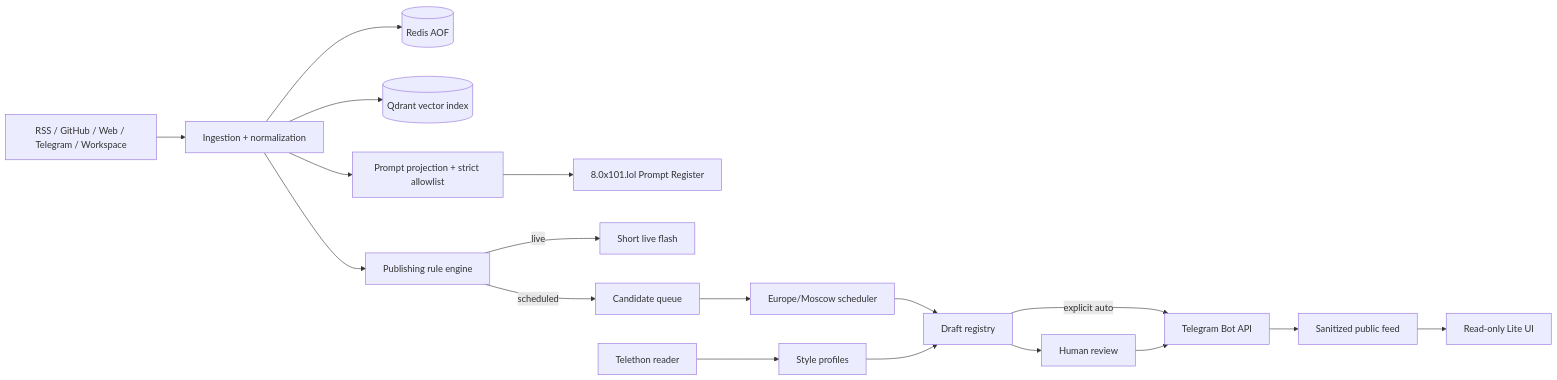
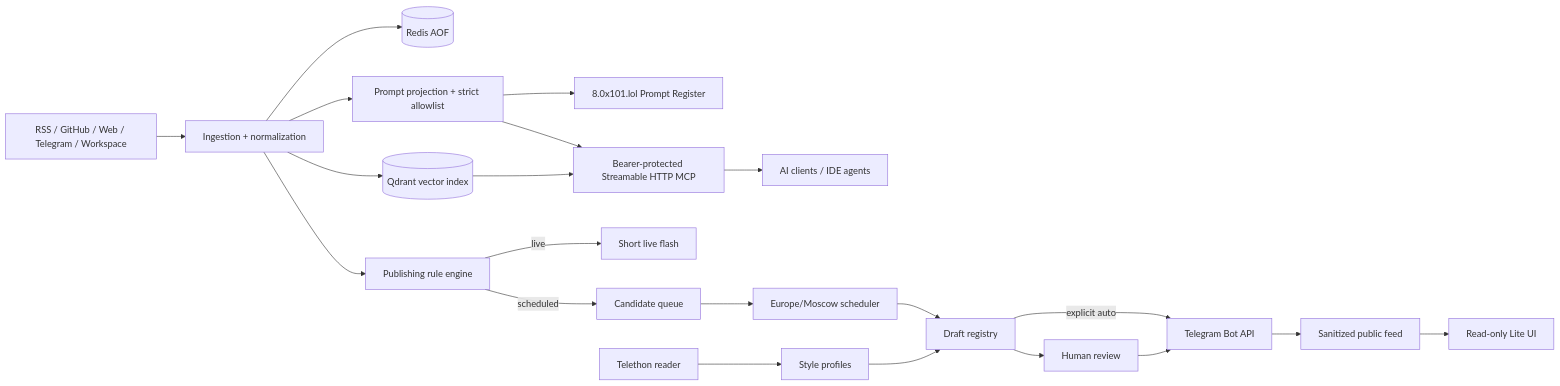
One commit to 3030202/prompt-ops-control-tower changed the diagram in docs/ARCHITECTURE.md. Above: the diagram before and after it, drawn with Mermaid. The commit also changed other lines of this file and 10 other files, not shown here.

````diff
--- a/docs/ARCHITECTURE.md
+++ b/docs/ARCHITECTURE.md
@@ -3,20 +3,23 @@
 ```mermaid
 flowchart LR
   Sources[RSS / GitHub / Web / Telegram / Workspace] --> Ingest[Ingestion + normalization]
   Ingest --> Redis[(Redis AOF)]
   Ingest --> Qdrant[(Qdrant vector index)]
   Ingest --> Prompts[Prompt projection + strict allowlist]
   Prompts --> Register[8.0x101.lol Prompt Register]
+  Prompts --> MCP[Bearer-protected Streamable HTTP MCP]
+  Qdrant --> MCP
+  MCP --> Clients[AI clients / IDE agents]
   Ingest --> Rules[Publishing rule engine]
   Rules -->|live| Flash[Short live flash]
   Rules -->|scheduled| Queue[Candidate queue]
   Queue --> Scheduler[Europe/Moscow scheduler]
   Scheduler --> Drafts[Draft registry]
   Drafts --> Review[Human review]
   Drafts -->|explicit auto| Bot[Telegram Bot API]
   Review --> Bot
   Telethon[Telethon reader] --> Styles[Style profiles]
   Styles --> Drafts
   Bot --> Public[Sanitized public feed]
   Public --> Lite[Read-only Lite UI]
 ```
````
